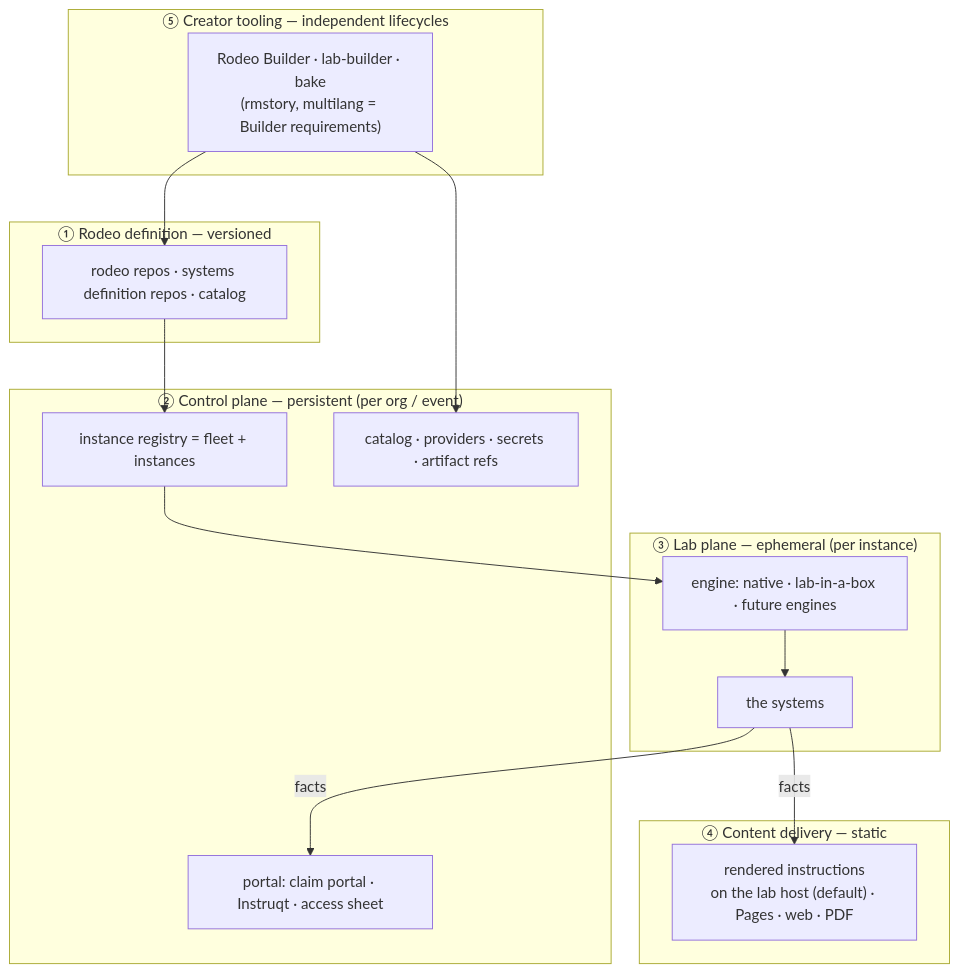
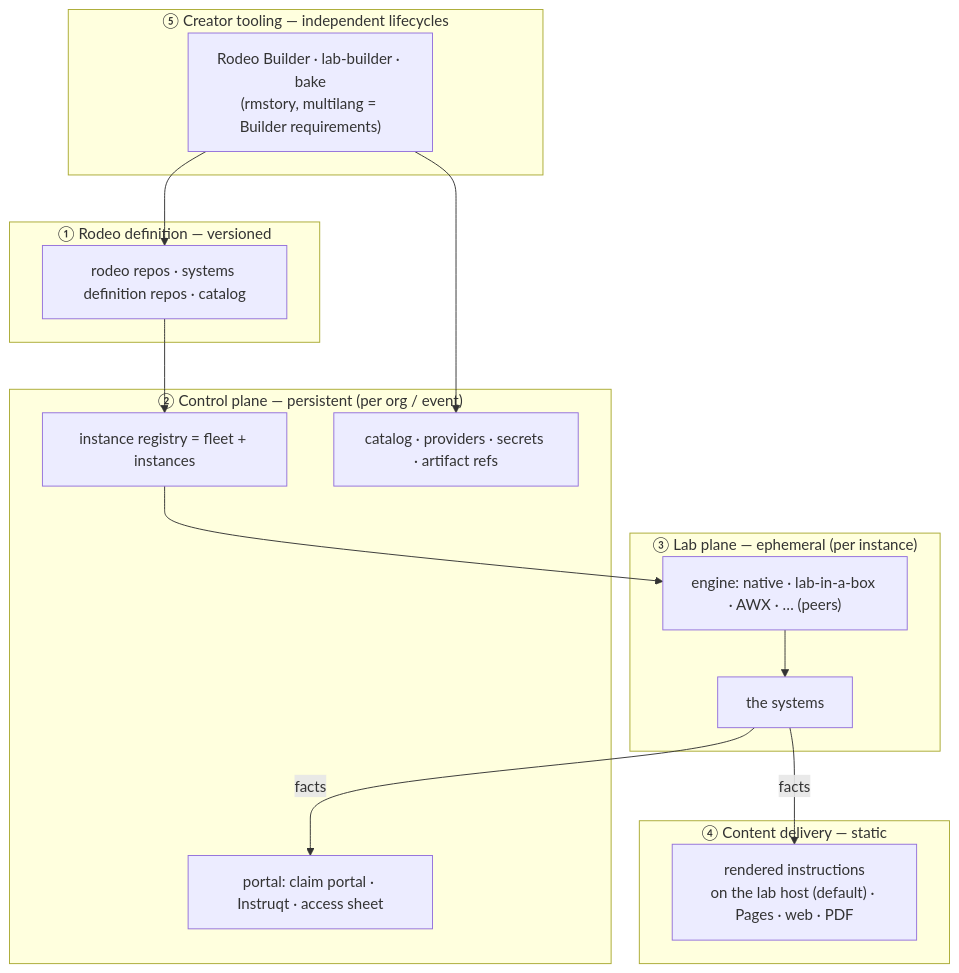
One commit to avaleror/rodeo-cli changed the second of 3 diagrams in docs/design/architecture-v2-overview.md. Above: the diagram before and after it, drawn with Mermaid. The commit also changed other lines of this file and 2 other files, not shown here.

Commit message:
docs(design): engines are peers; a definition is written for one engine

````diff
--- a/docs/design/architecture-v2-overview.md
+++ b/docs/design/architecture-v2-overview.md
@@ -64,26 +83,26 @@
 ```mermaid
 flowchart TB
   subgraph GOV["① Rodeo definition — versioned"]
     RODEO["rodeo repos · systems definition repos · catalog"]
   end
   subgraph CP["② Control plane — persistent (per org / event)"]
     PORTAL["portal: claim portal · Instruqt · access sheet"]
     REG["instance registry = fleet + instances"]
     CAT["catalog · providers · secrets · artifact refs"]
   end
   subgraph LP["③ Lab plane — ephemeral (per instance)"]
-    ENG["engine: native · lab-in-a-box · future engines"]
+    ENG["engine: native · lab-in-a-box · AWX · … (peers)"]
     SYS["the systems"]
   end
   subgraph CD["④ Content delivery — static"]
     GUIDE["rendered instructions<br/>on the lab host (default) · Pages · web · PDF"]
   end
   subgraph CT["⑤ Creator tooling — independent lifecycles"]
     TOOLS["Rodeo Builder · lab-builder · bake<br/>(rmstory, multilang = Builder requirements)"]
   end
   RODEO --> REG --> ENG --> SYS
   SYS -- facts --> GUIDE
   SYS -- facts --> PORTAL
   TOOLS --> RODEO
   TOOLS --> CAT
 ```
````
